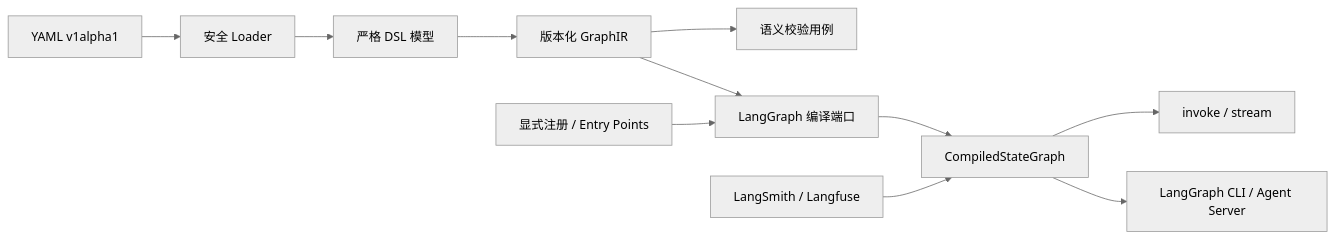
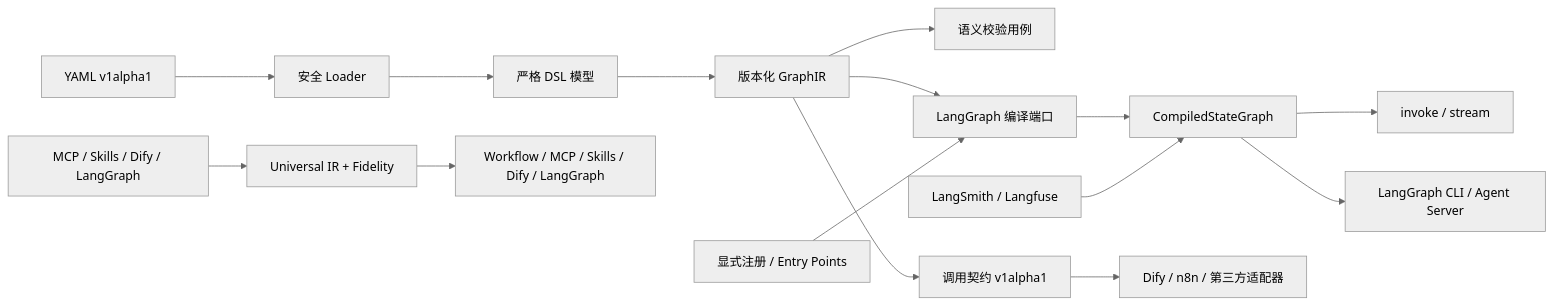
One commit to BrucePayton/GraphGPT changed the diagram in docs/ARCHITECTURE.md. Above: the diagram before and after it, drawn with Mermaid (neutral theme). The commit also changed other lines of this file and 20 other files, not shown here.

First line of the commit message:
feat: add universal agent workflow conversion layer

````diff
--- a/docs/ARCHITECTURE.md
+++ b/docs/ARCHITECTURE.md
@@ -8,13 +8,17 @@
 ```mermaid
 flowchart LR
     YAML["YAML v1alpha1"] --> Loader["安全 Loader"]
     Loader --> DSL["严格 DSL 模型"]
     DSL --> IR["版本化 GraphIR"]
     IR --> Validate["语义校验用例"]
     IR --> Compiler["LangGraph 编译端口"]
     Registry["显式注册 / Entry Points"] --> Compiler
     Compiler --> Native["CompiledStateGraph"]
     Native --> CLI["invoke / stream"]
     Native --> Server["LangGraph CLI / Agent Server"]
+    IR --> Contract["调用契约 v1alpha1"]
+    Contract --> Ecosystems["Dify / n8n / 第三方适配器"]
+    Sources["MCP / Skills / Dify / LangGraph"] --> Universal["Universal IR + Fidelity"]
+    Universal --> Targets["Workflow / MCP / Skills / Dify / LangGraph"]
     Callbacks["LangSmith / Langfuse"] --> Native
 ```
````
